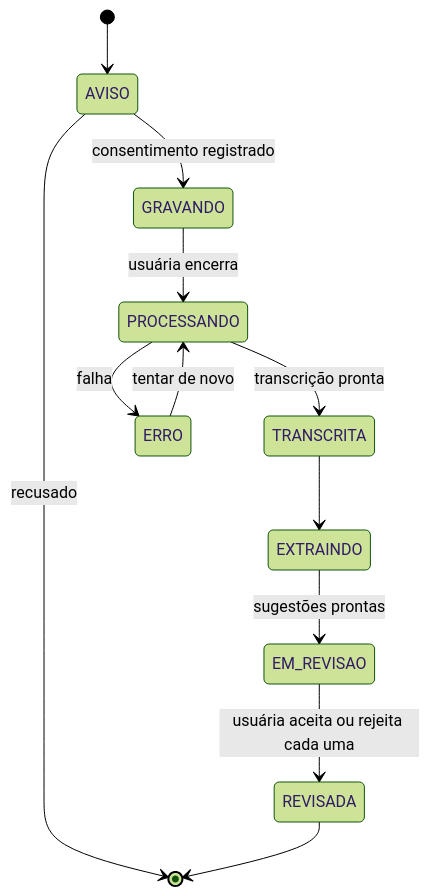
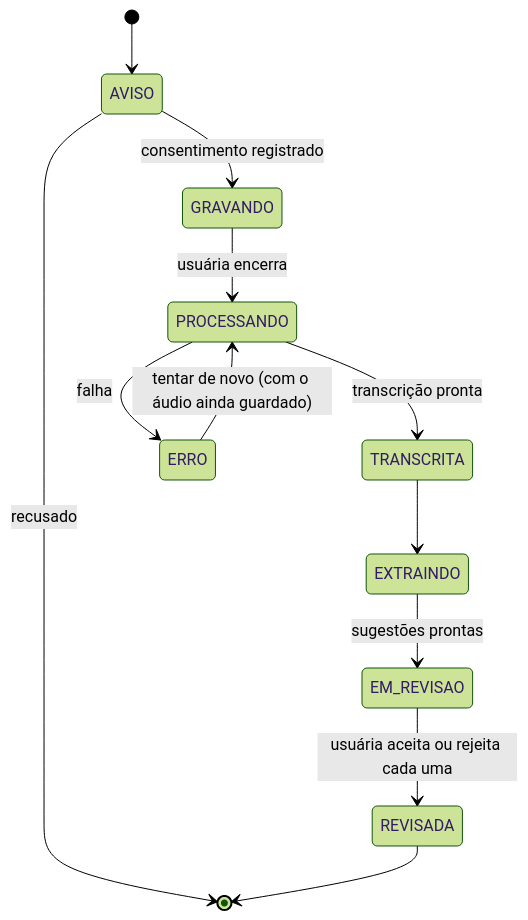
The first of 3 diagrams in docs/arquitetura/fluxos.md (Movits/MMM), drawn with Mermaid (forest theme) before and after one commit. The commit also changed other lines of this file and 5 other files, not shown here.

````diff
--- a/docs/arquitetura/fluxos.md
+++ b/docs/arquitetura/fluxos.md
@@ -13,14 +13,14 @@
 ```mermaid
 stateDiagram-v2
     [*] --> AVISO
     AVISO --> GRAVANDO: consentimento registrado
     AVISO --> [*]: recusado
     GRAVANDO --> PROCESSANDO: usuária encerra
     PROCESSANDO --> TRANSCRITA: transcrição pronta
     PROCESSANDO --> ERRO: falha
-    ERRO --> PROCESSANDO: tentar de novo
+    ERRO --> PROCESSANDO: tentar de novo (com o áudio ainda guardado)
     TRANSCRITA --> EXTRAINDO
     EXTRAINDO --> EM_REVISAO: sugestões prontas
     EM_REVISAO --> REVISADA: usuária aceita ou rejeita cada uma
     REVISADA --> [*]
 ```
````
